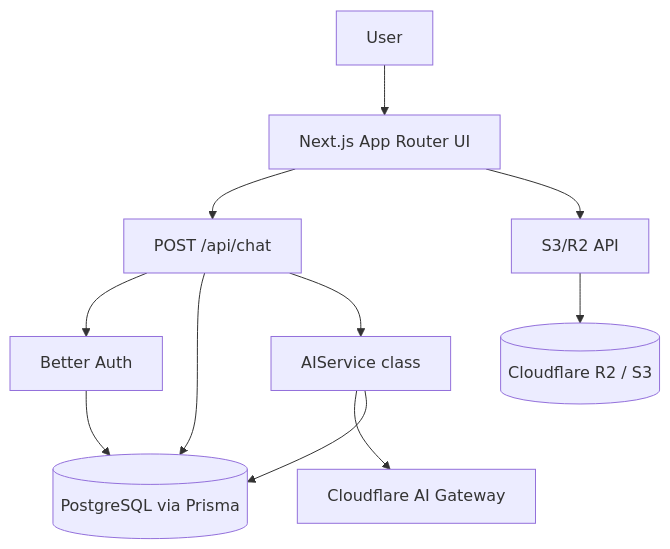
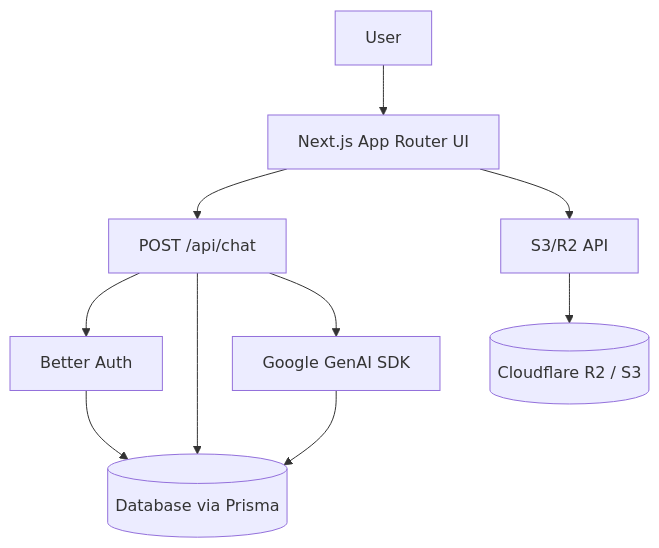
Before and after one commit to lwshakib/task-fusion-ai-powered: the diagram in README.md, drawn with Mermaid. The commit also changed other lines of this file, not shown here.

Commit message:
docs: modernize README with new tech stack and architecture diagrams

````diff
--- a/README.md
+++ b/README.md
@@ -33,23 +35,21 @@
 ```mermaid
 graph TD
     User[User]
     UI[Next.js App Router UI]
     ChatAPI[POST /api/chat]
     S3API[S3/R2 API]
-    AIService[AIService class]
-    Gateway[Cloudflare AI Gateway]
+    GenAI[Google GenAI SDK]
     Storage[(Cloudflare R2 / S3)]
-    DB[(PostgreSQL via Prisma)]
+    DB[(Database via Prisma)]
     Auth[Better Auth]
 
     User --> UI
     UI --> ChatAPI
     UI --> S3API
     S3API --> Storage
     ChatAPI --> Auth
     ChatAPI --> DB
-    ChatAPI --> AIService
-    AIService --> Gateway
-    AIService --> DB
+    ChatAPI --> GenAI
+    GenAI --> DB
     Auth --> DB
 ```
````
